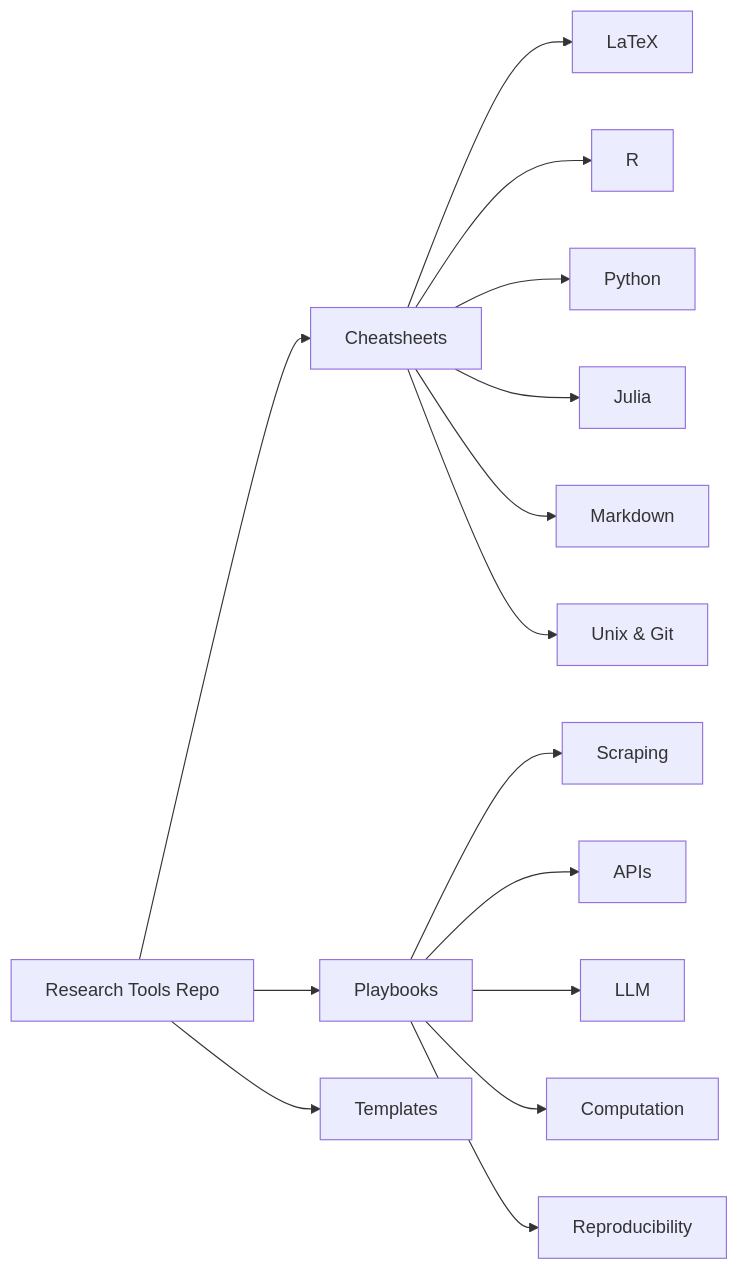
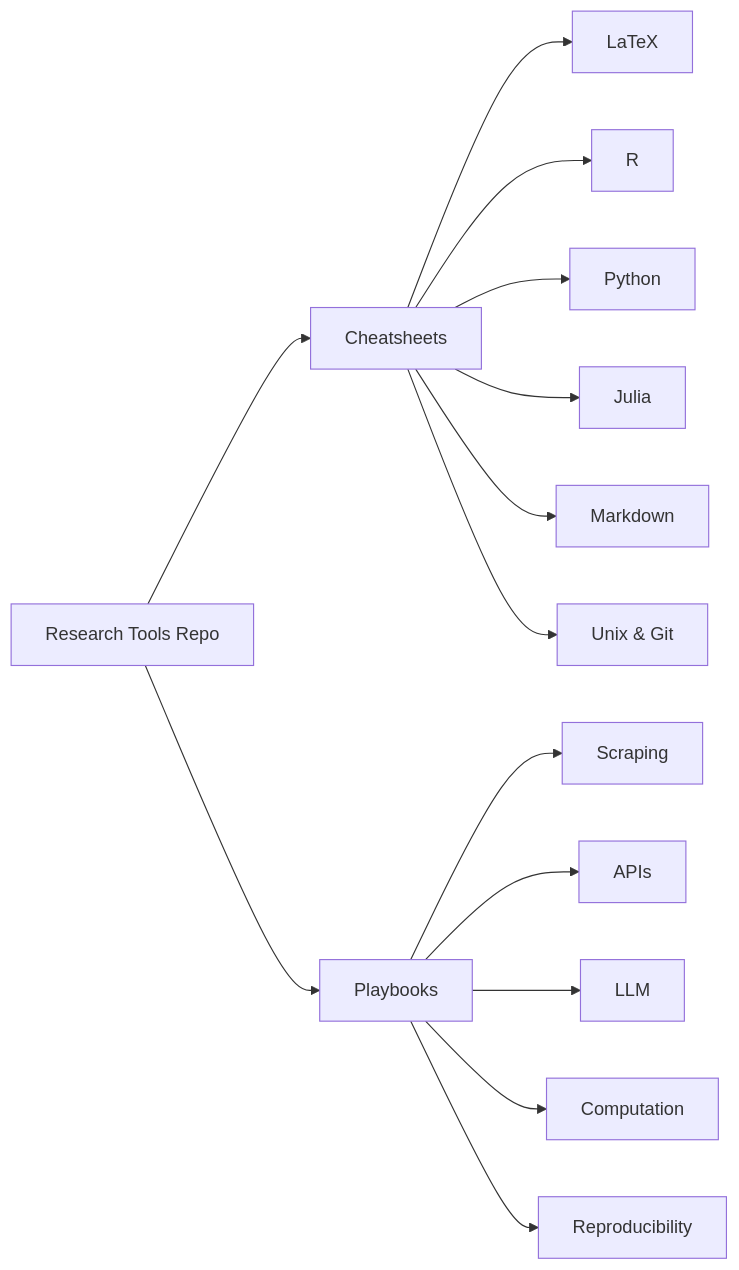
The diagram in README.md (ce-bian/ResearchTools), drawn with Mermaid before and after one commit.

Commit message:
update flowchart in README
Corrected spelling of 'practical' and updated flowchart.

````diff
--- a/README.md
+++ b/README.md
@@ -4,19 +4,18 @@
 ```mermaid
-flowchart LR
+graph LR
   A[Research Tools Repo] --> B[Cheatsheets]
   A --> C[Playbooks]
-  A --> E[Templates]
 
   B --> B1[LaTeX]
   B --> B2[R]
   B --> B3[Python]
   B --> B4[Julia]
   B --> B5[Markdown]
   B --> B6[Unix & Git]
 
   C --> C1[Scraping]
   C --> C2[APIs]
   C --> C3[LLM]
   C --> C4[Computation]
   C --> C5[Reproducibility]
   ```
````
